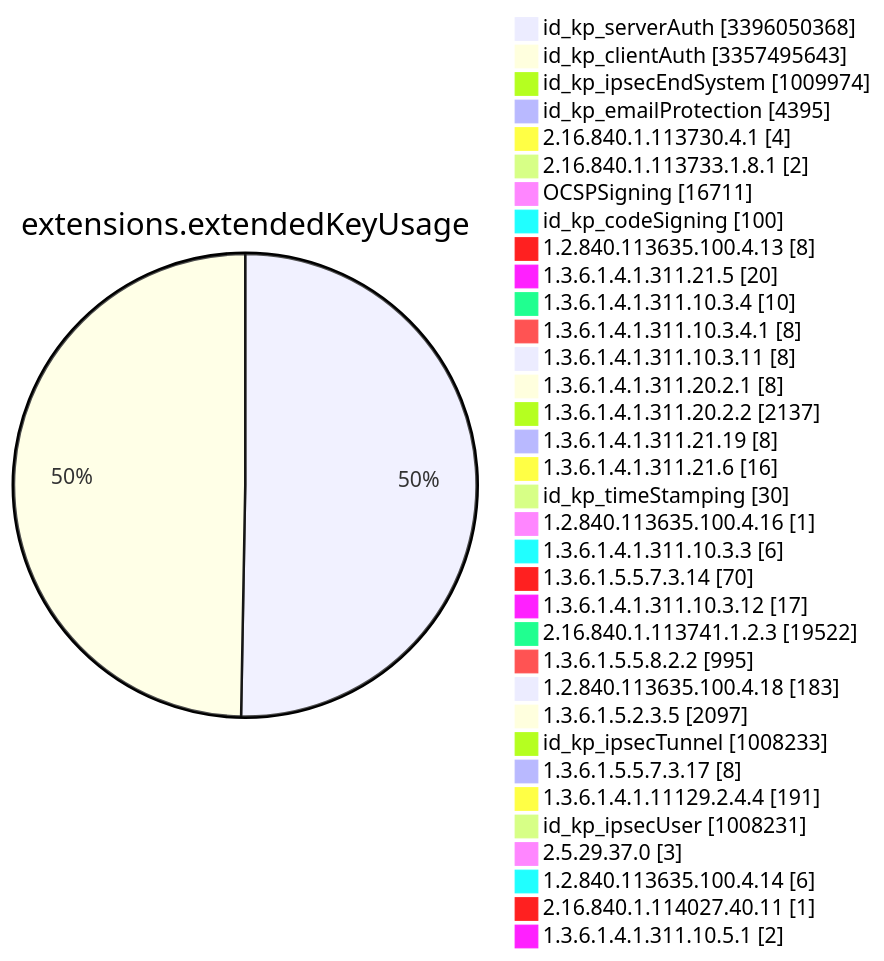
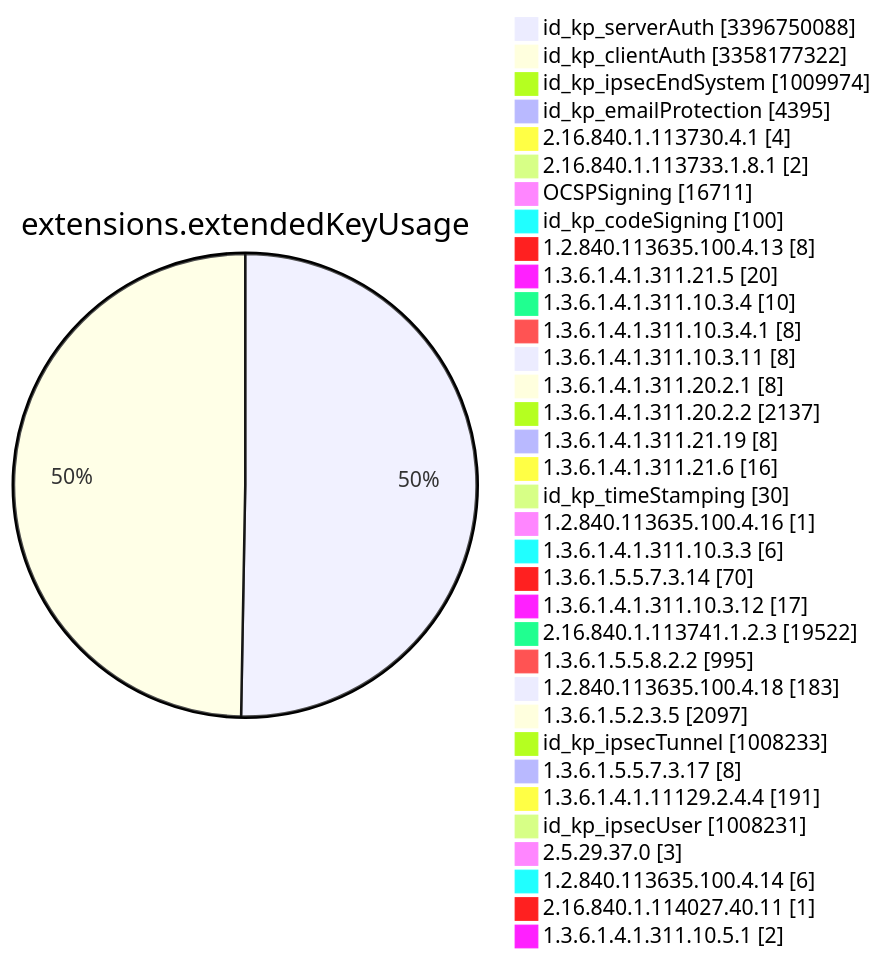
Diagram 11 of 15 in TOTAL/README.md (christiankrug/ctmonitor_visualization), drawn with Mermaid before and after one commit. The commit also changed other lines of this file, not shown here.

````diff
--- a/TOTAL/README.md
+++ b/TOTAL/README.md
@@ -4121,38 +4121,38 @@
 ```mermaid
 pie showData
 title extensions.extendedKeyUsage
-"id_kp_serverAuth" :3396050368
-"id_kp_clientAuth" :3357495643
+"id_kp_serverAuth" :3396750088
+"id_kp_clientAuth" :3358177322
 "id_kp_ipsecEndSystem" :1009974
 "id_kp_emailProtection" :4395
 "2.16.840.1.113730.4.1" :4
 "2.16.840.1.113733.1.8.1" :2
 "OCSPSigning" :16711
 "id_kp_codeSigning" :100
 "1.2.840.113635.100.4.13" :8
 "1.3.6.1.4.1.311.21.5" :20
 "1.3.6.1.4.1.311.10.3.4" :10
 "1.3.6.1.4.1.311.10.3.4.1" :8
 "1.3.6.1.4.1.311.10.3.11" :8
 "1.3.6.1.4.1.311.20.2.1" :8
 "1.3.6.1.4.1.311.20.2.2" :2137
 "1.3.6.1.4.1.311.21.19" :8
 "1.3.6.1.4.1.311.21.6" :16
 "id_kp_timeStamping" :30
 "1.2.840.113635.100.4.16" :1
 "1.3.6.1.4.1.311.10.3.3" :6
 "1.3.6.1.5.5.7.3.14" :70
 "1.3.6.1.4.1.311.10.3.12" :17
 "2.16.840.1.113741.1.2.3" :19522
 "1.3.6.1.5.5.8.2.2" :995
 "1.2.840.113635.100.4.18" :183
 "1.3.6.1.5.2.3.5" :2097
 "id_kp_ipsecTunnel" :1008233
 "1.3.6.1.5.5.7.3.17" :8
 "1.3.6.1.4.1.11129.2.4.4" :191
 "id_kp_ipsecUser" :1008231
 "2.5.29.37.0" :3
 "1.2.840.113635.100.4.14" :6
 "2.16.840.1.114027.40.11" :1
 "1.3.6.1.4.1.311.10.5.1" :2
 ```
````
